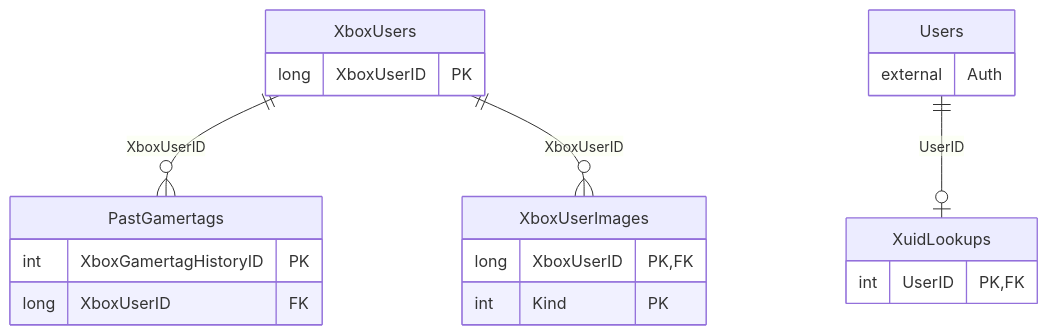
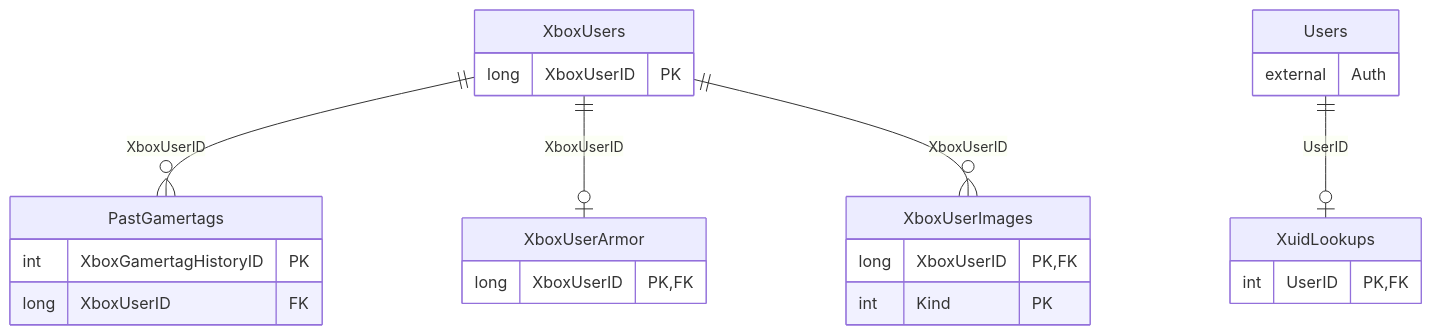
The ninth of 9 diagrams in docs/database.md (PlayGrifball/GrifballWebApp), drawn with Mermaid before and after one commit. The commit also changed other lines of this file and 18 other files, not shown here.

````diff
--- a/docs/database.md
+++ b/docs/database.md
@@ -542,23 +542,27 @@
 ```mermaid
 erDiagram
     PastGamertags {
         int XboxGamertagHistoryID PK
         long XboxUserID FK
+    }
+    XboxUserArmor {
+        long XboxUserID PK, FK
     }
     XboxUserImages {
         long XboxUserID PK, FK
         int Kind PK
     }
     XboxUsers {
         long XboxUserID PK
     }
     XuidLookups {
         int UserID PK, FK
     }
     Users {
         external Auth
     }
     Users ||--o| XuidLookups : "UserID"
     XboxUsers ||--o{ PastGamertags : "XboxUserID"
+    XboxUsers ||--o| XboxUserArmor : "XboxUserID"
     XboxUsers ||--o{ XboxUserImages : "XboxUserID"
 ```
````
